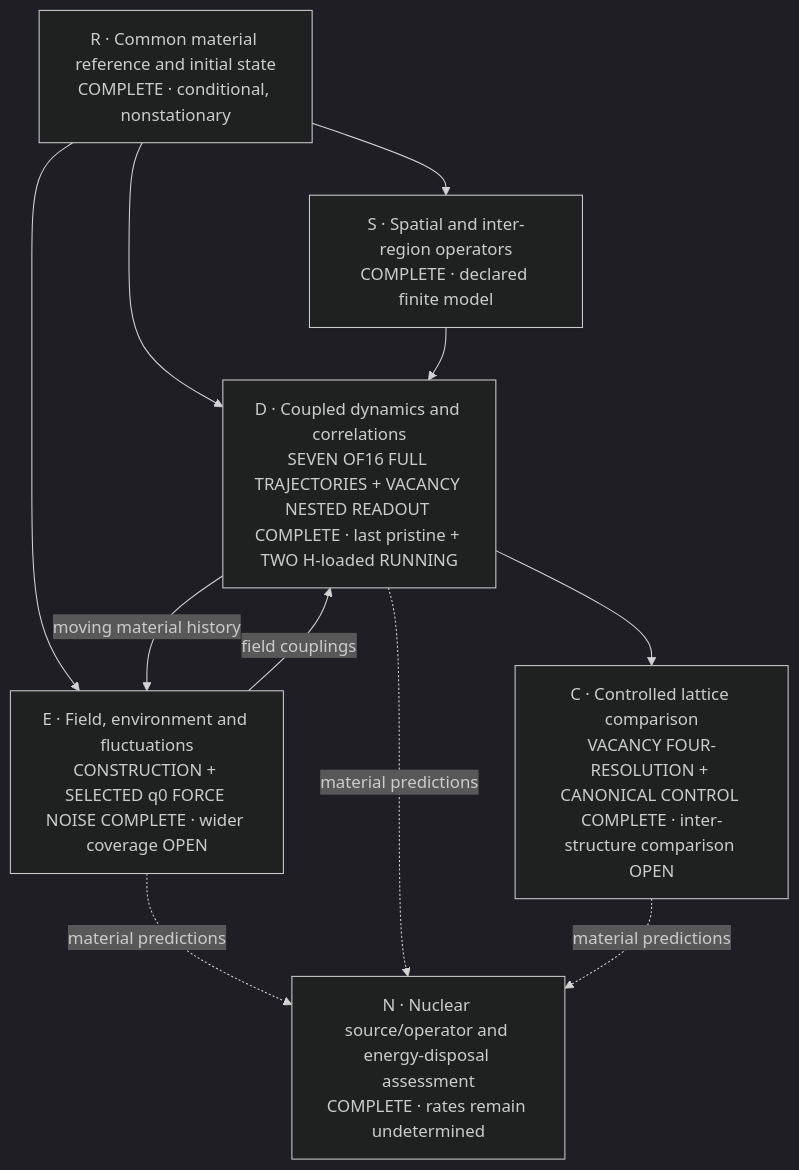
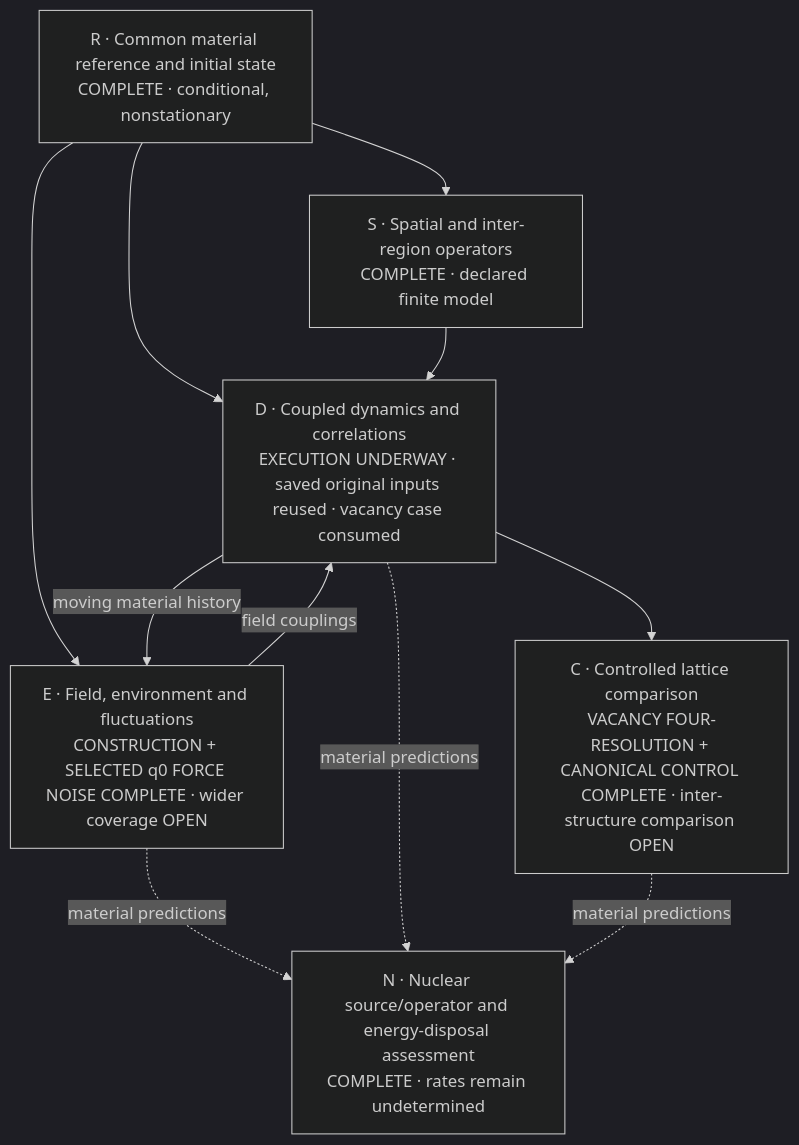
The first of 2 diagrams in proposals/P254-ni-collective-response/SOLUTION.md (vantasnerdan/substrate-framework), drawn with Mermaid (dark theme) before and after one commit. The commit also changed other lines of this file and 1 other file, not shown here.

Commit message:
Complete first loaded trajectory and run remaining loaded variants on released memory

````diff
--- a/proposals/P254-ni-collective-response/SOLUTION.md
+++ b/proposals/P254-ni-collective-response/SOLUTION.md
@@ -18,19 +18,19 @@
 ```mermaid
 flowchart TD
     R["R · Common material reference and initial state\nCOMPLETE · conditional, nonstationary"]
     S["S · Spatial and inter-region operators\nCOMPLETE · declared finite model"]
     E["E · Field, environment and fluctuations\nCONSTRUCTION + SELECTED q0 FORCE NOISE COMPLETE · wider coverage OPEN"]
-    D["D · Coupled dynamics and correlations\nSEVEN OF16 FULL TRAJECTORIES + VACANCY NESTED READOUT COMPLETE · last pristine + TWO H-loaded RUNNING"]
+    D["D · Coupled dynamics and correlations\nEXECUTION UNDERWAY · saved original inputs reused · vacancy case consumed"]
     C["C · Controlled lattice comparison\nVACANCY FOUR-RESOLUTION + CANONICAL CONTROL COMPLETE · inter-structure comparison OPEN"]
     N["N · Nuclear source/operator and energy-disposal assessment\nCOMPLETE · rates remain undetermined"]
     R --> S
     R --> E
     R --> D
     S --> D
     E -- "field couplings" --> D
     D -- "moving material history" --> E
     D --> C
     E -. "material predictions" .-> N
     D -. "material predictions" .-> N
     C -. "material predictions" .-> N
 ```
````
